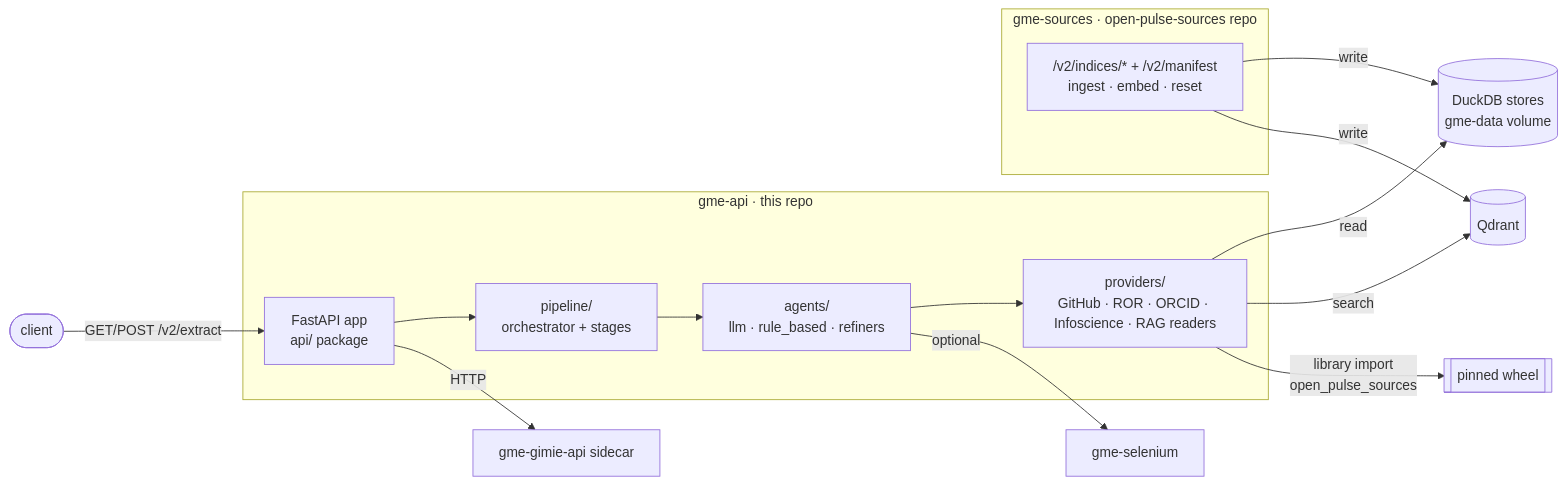
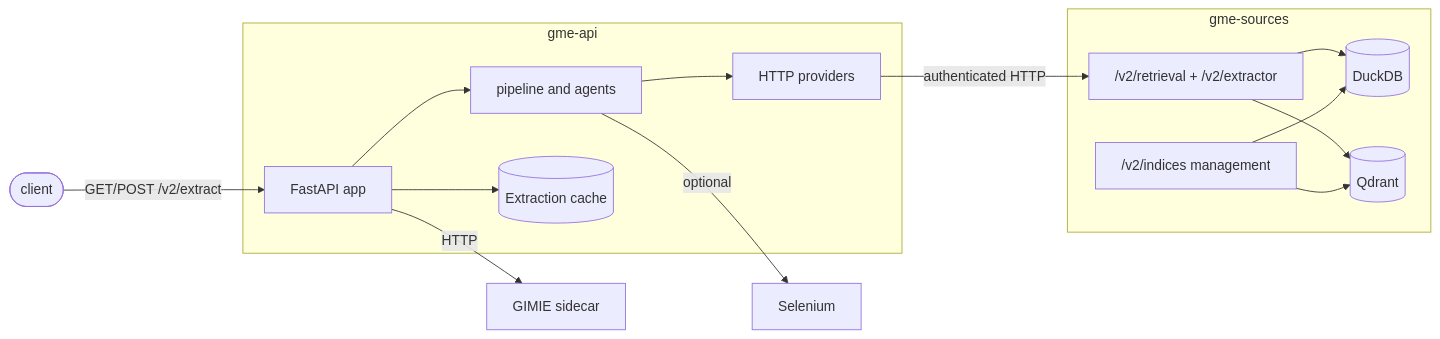
The first of 2 diagrams in docs/architecture/overview.md (Imaging-Plaza/git-metadata-extractor), drawn with Mermaid before and after one commit. The commit also changed other lines of this file and 110 other files, not shown here.

Commit message:
refactor: isolate source retrieval behind the sources HTTP service

````diff
--- a/docs/architecture/overview.md
+++ b/docs/architecture/overview.md
@@ -19,24 +19,17 @@
 ```mermaid
 flowchart LR
     CLIENT([client]) -->|"GET/POST /v2/extract"| API
-
-    subgraph GME["gme-api · this repo"]
-        API[FastAPI app<br/>api/ package]
-        PIPE[pipeline/<br/>orchestrator + stages]
-        AGENTS[agents/<br/>llm · rule_based · refiners]
-        PROV[providers/<br/>GitHub · ROR · ORCID · Infoscience · RAG readers]
-        API --> PIPE --> AGENTS --> PROV
+    subgraph GME["gme-api"]
+        API[FastAPI app] --> PIPE[pipeline and agents] --> PROV[HTTP providers]
+        API --> CACHE[(Extraction cache)]
     end
-
-    subgraph SOURCES["gme-sources · open-pulse-sources repo"]
-        MGMT["/v2/indices/* + /v2/manifest<br/>ingest · embed · reset"]
+    subgraph SOURCES["gme-sources"]
+        RET["/v2/retrieval + /v2/extractor"] --> STORE[(DuckDB)]
+        RET --> QDRANT[(Qdrant)]
+        MGMT["/v2/indices management"] --> STORE
+        MGMT --> QDRANT
     end
-
-    PROV -->|read| STORE[(DuckDB stores<br/>gme-data volume)]
-    PROV -->|search| QDRANT[(Qdrant)]
-    MGMT -->|write| STORE
-    MGMT -->|write| QDRANT
-    PROV -->|"library import<br/>open_pulse_sources"| LIB[[pinned wheel]]
-    API -->|HTTP| GIMIE[gme-gimie-api sidecar]
-    AGENTS -->|optional| SEL[gme-selenium]
+    PROV -->|authenticated HTTP| RET
+    API -->|HTTP| GIMIE[GIMIE sidecar]
+    PIPE -->|optional| SEL[Selenium]
 ```
````
